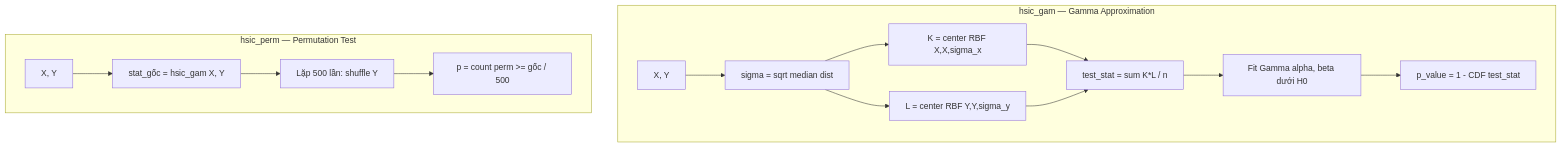
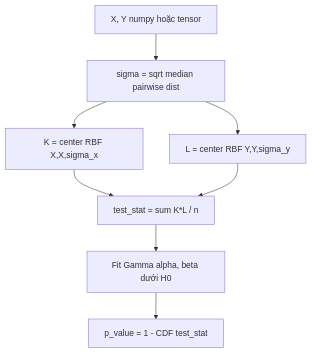
The sixth of 10 diagrams in ARCH.md (manhthai1706/DeepANM), drawn with Mermaid before and after one commit. The commit also changed other lines of this file, not shown here.

Commit message:
docs: fix hsic diagram layout - split into two vertical diagrams

````diff
--- a/ARCH.md
+++ b/ARCH.md
@@ -145,18 +147,10 @@
 ```mermaid
 graph TD
-    subgraph GAM [hsic_gam — Gamma Approximation]
-        A1["X, Y"] --> B1["sigma = sqrt median dist"]
-        B1 --> C1["K = center RBF X,X,sigma_x"]
-        B1 --> D1["L = center RBF Y,Y,sigma_y"]
-        C1 --> E1["test_stat = sum K*L / n"]
-        D1 --> E1
-        E1 --> F1["Fit Gamma alpha, beta dưới H0"]
-        F1 --> G1["p_value = 1 - CDF test_stat"]
-    end
-
-    subgraph PERM [hsic_perm — Permutation Test]
-        A2["X, Y"] --> B2["stat_gốc = hsic_gam X, Y"]
-        B2 --> C2["Lặp 500 lần: shuffle Y"]
-        C2 --> D2["p = count perm >= gốc / 500"]
-    end
+    A["X, Y numpy hoặc tensor"] --> B["sigma = sqrt median pairwise dist"]
+    B --> C["K = center RBF X,X,sigma_x"]
+    B --> D["L = center RBF Y,Y,sigma_y"]
+    C --> E["test_stat = sum K*L / n"]
+    D --> E
+    E --> F["Fit Gamma alpha, beta dưới H0"]
+    F --> G["p_value = 1 - CDF test_stat"]
 ```
````
